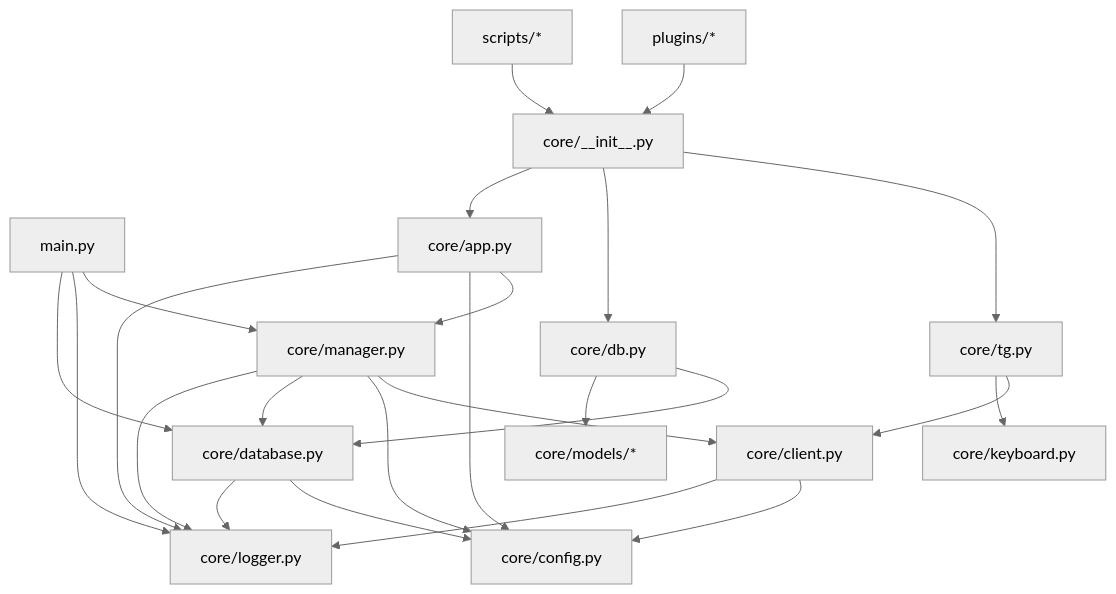
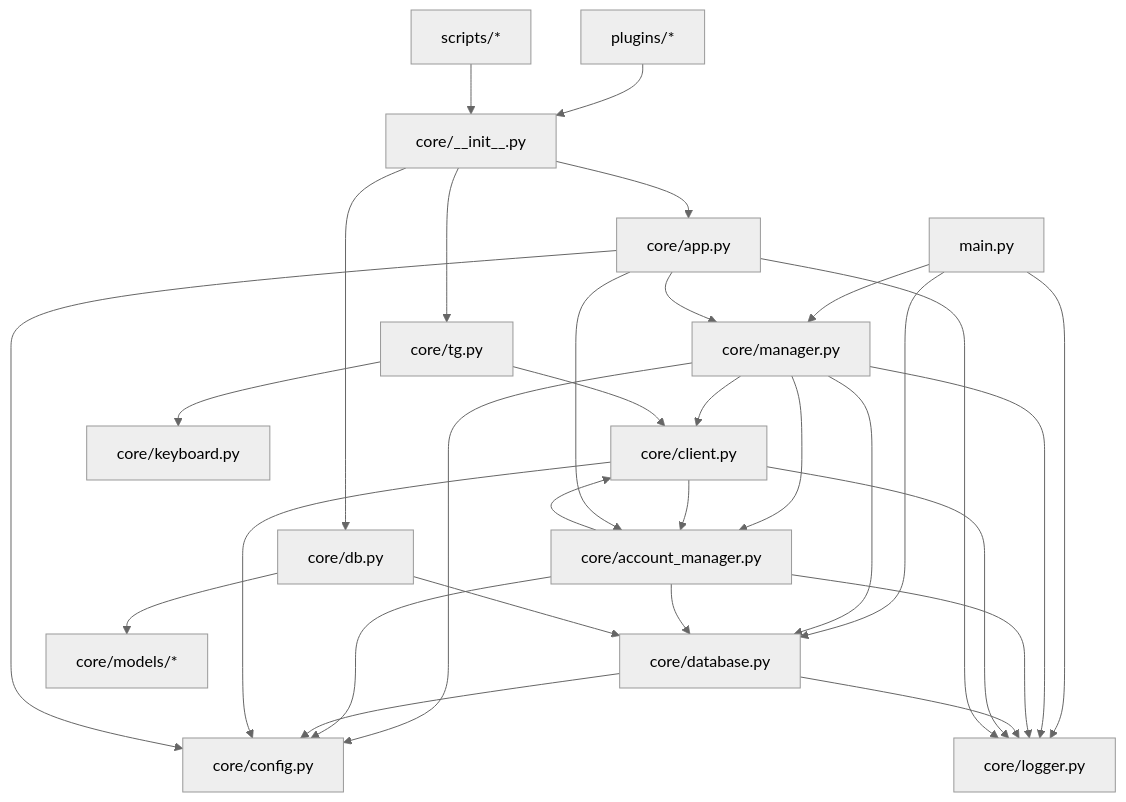
The diagram in ARCHITECTURE.md (yyned2501/tgbot-n), drawn with Mermaid (neutral theme) before and after one commit. The commit also changed other lines of this file and 27 other files, not shown here.

````diff
--- a/ARCHITECTURE.md
+++ b/ARCHITECTURE.md
@@ -52,32 +60,40 @@
 ```mermaid
 graph TD
     Main[main.py] --> Manager[core/manager.py]
     Main --> Logger[core/logger.py]
     Main --> Database[core/database.py]
     
     Manager --> Client[core/client.py]
     Manager --> Config[core/config.py]
     Manager --> Database
     Manager --> Logger
+    Manager --> AccMgr[core/account_manager.py]
+    
+    AccMgr --> Client
+    AccMgr --> Config
+    AccMgr --> Database
+    AccMgr --> Logger
     
     Database --> Config
     Database --> Logger
     
     Client --> Config
     Client --> Logger
+    Client --> AccMgr
     
     Plugins[plugins/*] --> CoreInit[core/__init__.py]
     CoreInit --> TG[core/tg.py]
     CoreInit --> DB[core/db.py]
     CoreInit --> APP[core/app.py]
     
     TG --> Client[core/client.py]
     TG --> Keyboard[core/keyboard.py]
     DB --> Database[core/database.py]
     DB --> Models[core/models/*]
     APP --> Manager[core/manager.py]
+    APP --> AccMgr
     APP --> Config[core/config.py]
     APP --> Logger[core/logger.py]
     
     Scripts[scripts/*] --> CoreInit
 ```
````
